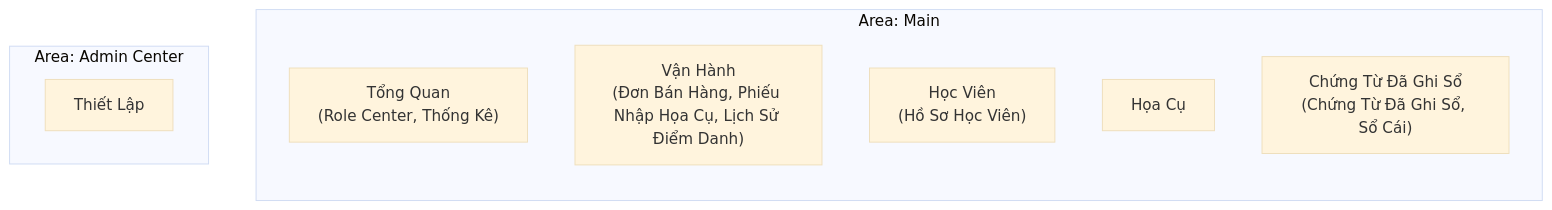
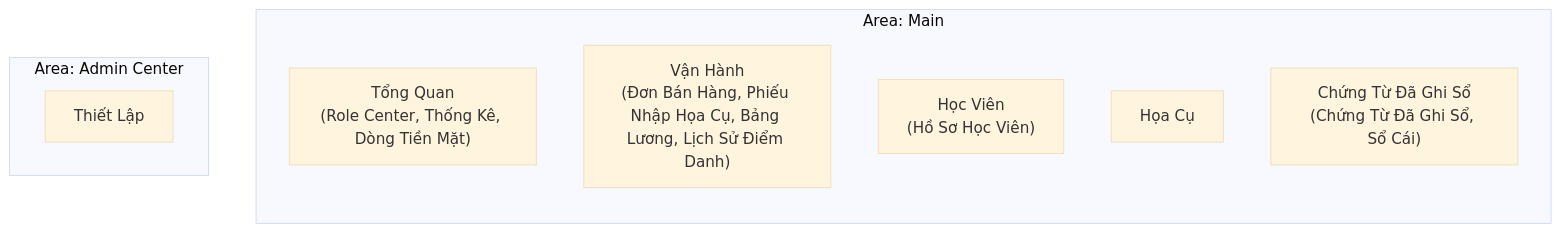
Before and after one commit to hungtv210/jas-wiki: the third of 3 diagrams in 02-design.md, drawn with Mermaid (base theme). The commit also changed other lines of this file and 4 other files, not shown here.

Commit message:
Add UAT test-case doc + sync Payroll/Cash Flow/Reversal doc updates

````diff
--- a/02-design.md
+++ b/02-design.md
@@ -108,14 +120,14 @@
 ```mermaid
 flowchart TB
     subgraph Main["Area: Main"]
         direction TB
-        G1["Tổng Quan\n(Role Center, Thống Kê)"]
-        G2["Vận Hành\n(Đơn Bán Hàng, Phiếu Nhập Họa Cụ, Lịch Sử Điểm Danh)"]
+        G1["Tổng Quan\n(Role Center, Thống Kê, Dòng Tiền Mặt)"]
+        G2["Vận Hành\n(Đơn Bán Hàng, Phiếu Nhập Họa Cụ, Bảng Lương, Lịch Sử Điểm Danh)"]
         G3["Học Viên\n(Hồ Sơ Học Viên)"]
         G4["Họa Cụ"]
         G5["Chứng Từ Đã Ghi Sổ\n(Chứng Từ Đã Ghi Sổ, Sổ Cái)"]
     end
     subgraph Admin["Area: Admin Center"]
         G6["Thiết Lập"]
     end
 ```
````
